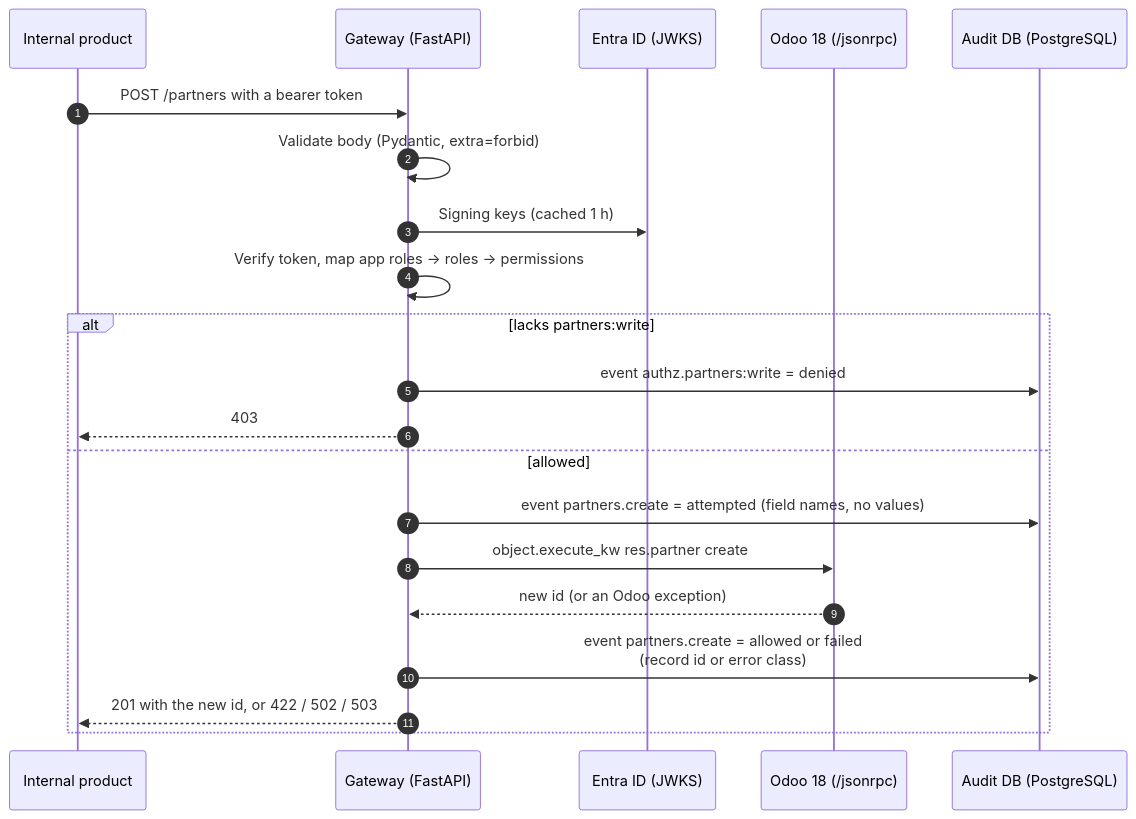
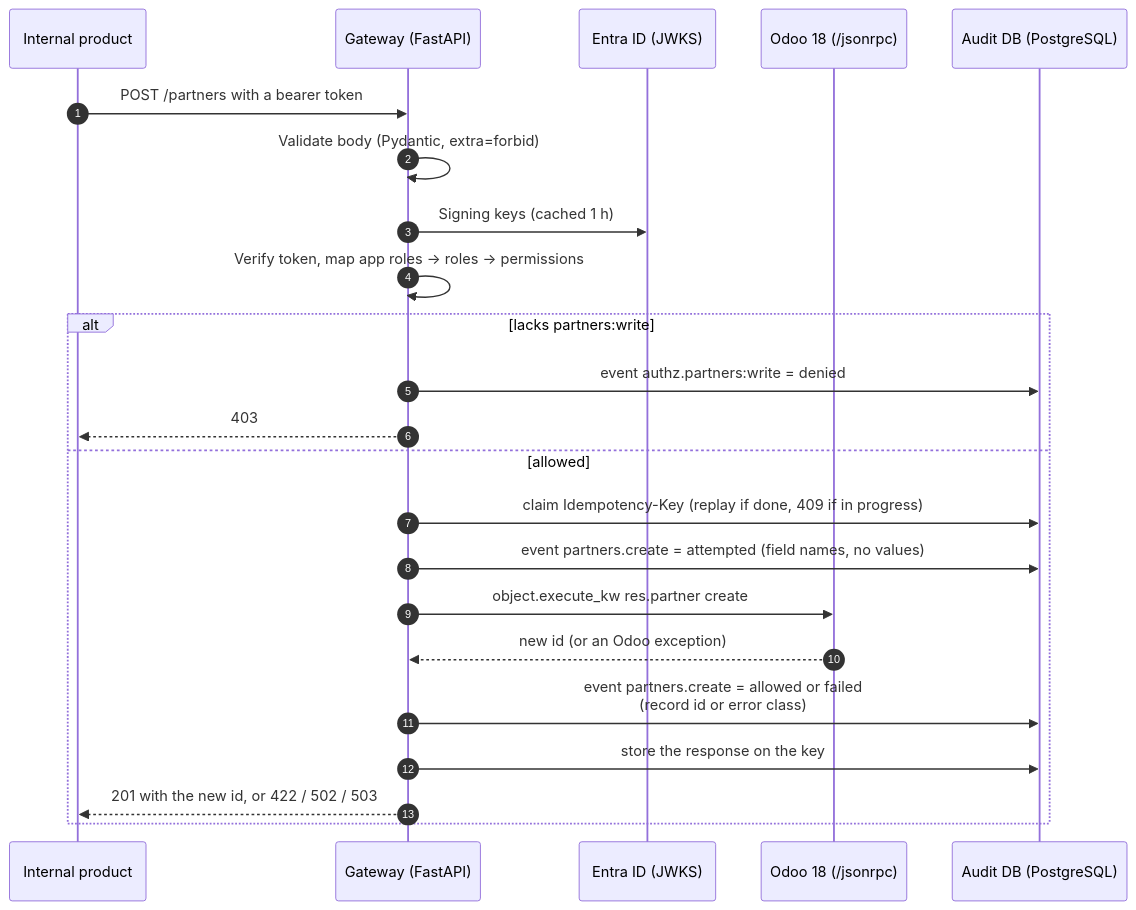
One commit to sergeonito/odoo-gateway changed the first of 3 diagrams in docs/architecture.md. Above: the diagram before and after it, drawn with Mermaid. The commit also changed other lines of this file and 14 other files, not shown here.

Commit message:
Idempotency-Key on writes: claim before Odoo, replay stored result, 409/422 (ADR-0004 closed)

````diff
--- a/docs/architecture.md
+++ b/docs/architecture.md
@@ -8,24 +8,26 @@
 ```mermaid
 sequenceDiagram
     autonumber
     participant P as Internal product
     participant G as Gateway (FastAPI)
     participant E as Entra ID (JWKS)
     participant O as Odoo 18 (/jsonrpc)
     participant A as Audit DB (PostgreSQL)
 
     P->>G: POST /partners with a bearer token
     G->>G: Validate body (Pydantic, extra=forbid)
     G->>E: Signing keys (cached 1 h)
     G->>G: Verify token, map app roles → roles → permissions
     alt lacks partners:write
         G->>A: event authz.partners:write = denied
         G-->>P: 403
     else allowed
+        G->>A: claim Idempotency-Key (replay if done, 409 if in progress)
         G->>A: event partners.create = attempted (field names, no values)
         G->>O: object.execute_kw res.partner create
         O-->>G: new id (or an Odoo exception)
         G->>A: event partners.create = allowed or failed<br/>(record id or error class)
+        G->>A: store the response on the key
         G-->>P: 201 with the new id, or 422 / 502 / 503
     end
 ```
````
